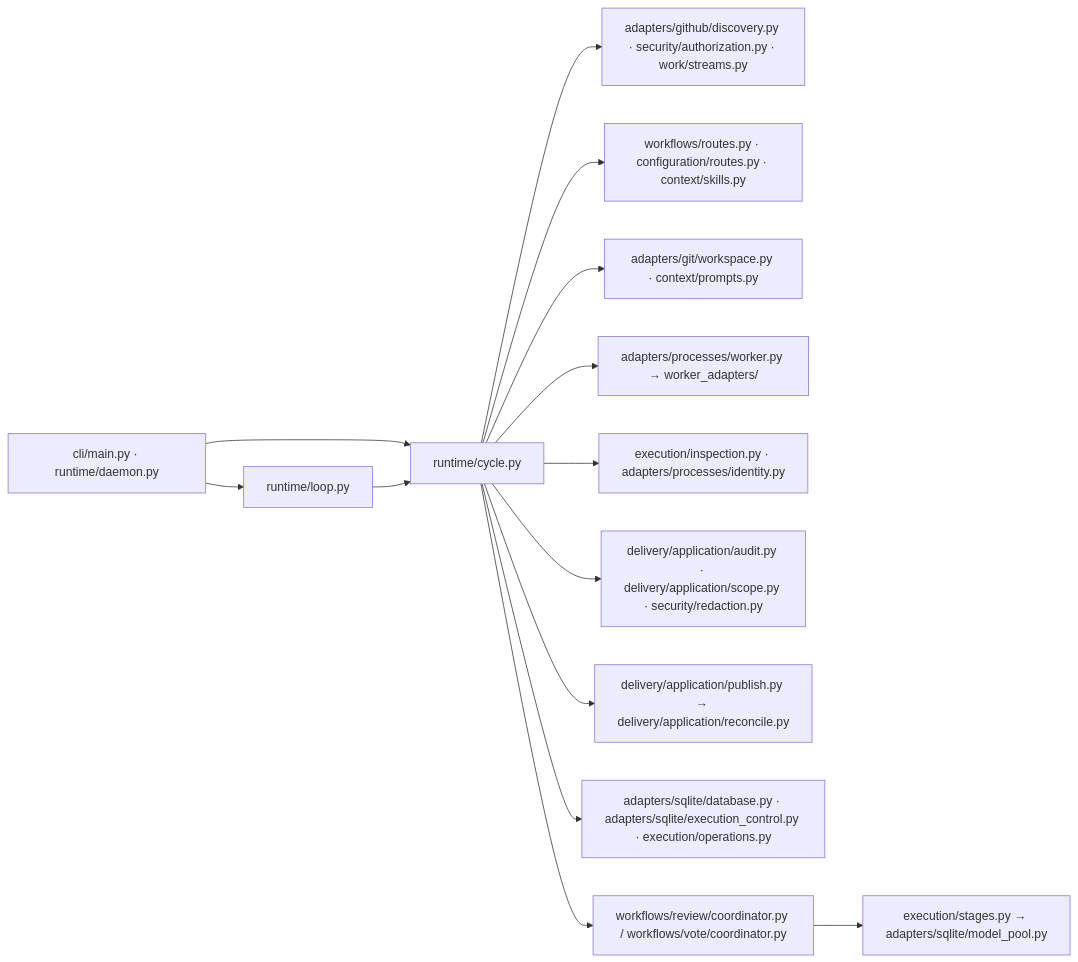
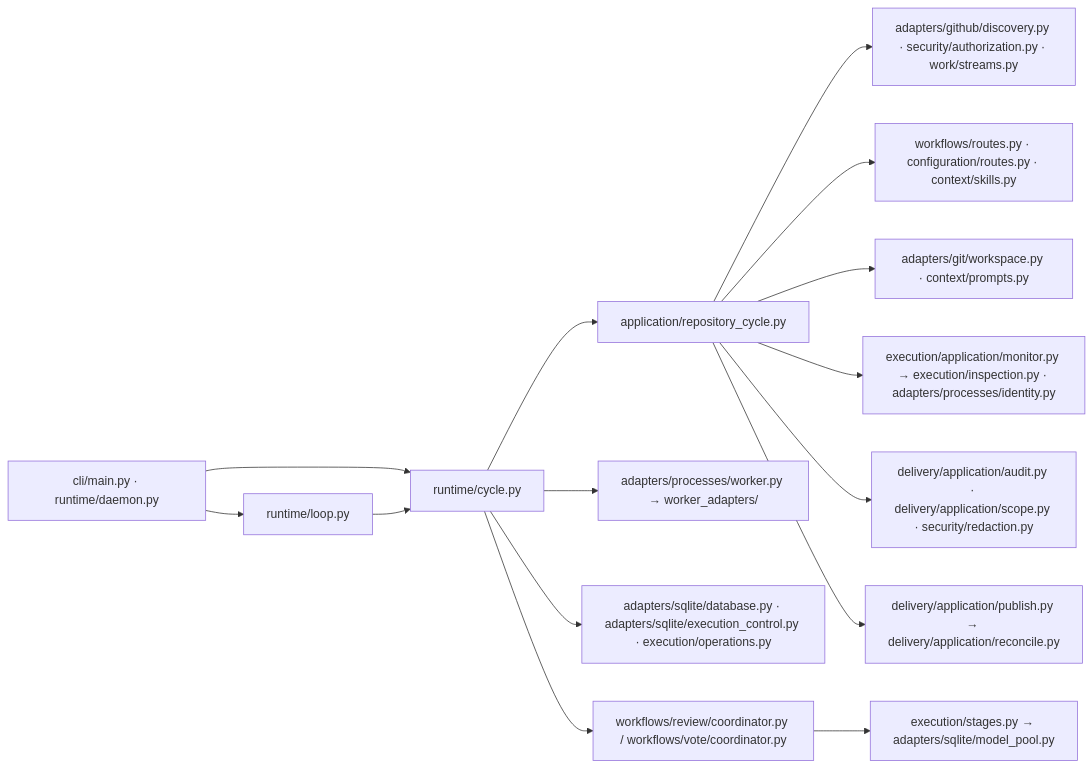
The second of 11 diagrams in docs/architecture.md (wklken/Robert), drawn with Mermaid before and after one commit. The commit also changed other lines of this file and 40 other files, not shown here.

````diff
--- a/docs/architecture.md
+++ b/docs/architecture.md
@@ -144,16 +148,17 @@
 ```mermaid
 flowchart LR
     CLI["cli/main.py · runtime/daemon.py"] --> Loop["runtime/loop.py"]
     CLI --> Run["runtime/cycle.py"]
     Loop --> Run
-    Run --> Intake["adapters/github/discovery.py · security/authorization.py · work/streams.py"]
-    Run --> Routing["workflows/routes.py · configuration/routes.py · context/skills.py"]
-    Run --> Prepare["adapters/git/workspace.py · context/prompts.py"]
+    Run --> Repo["application/repository_cycle.py"]
+    Repo --> Intake["adapters/github/discovery.py · security/authorization.py · work/streams.py"]
+    Repo --> Routing["workflows/routes.py · configuration/routes.py · context/skills.py"]
+    Repo --> Prepare["adapters/git/workspace.py · context/prompts.py"]
     Run --> Launch["adapters/processes/worker.py → worker_adapters/"]
-    Run --> Supervise["execution/inspection.py · adapters/processes/identity.py"]
-    Run --> Audit["delivery/application/audit.py · delivery/application/scope.py · security/redaction.py"]
-    Run --> Publish["delivery/application/publish.py → delivery/application/reconcile.py"]
+    Repo --> Supervise["execution/application/monitor.py → execution/inspection.py · adapters/processes/identity.py"]
+    Repo --> Audit["delivery/application/audit.py · delivery/application/scope.py · security/redaction.py"]
+    Repo --> Publish["delivery/application/publish.py → delivery/application/reconcile.py"]
     Run --> State["adapters/sqlite/database.py · adapters/sqlite/execution_control.py · execution/operations.py"]
     Run --> Rounds["workflows/review/coordinator.py / workflows/vote/coordinator.py"]
     Rounds --> Models["execution/stages.py → adapters/sqlite/model_pool.py"]
 ```
````
